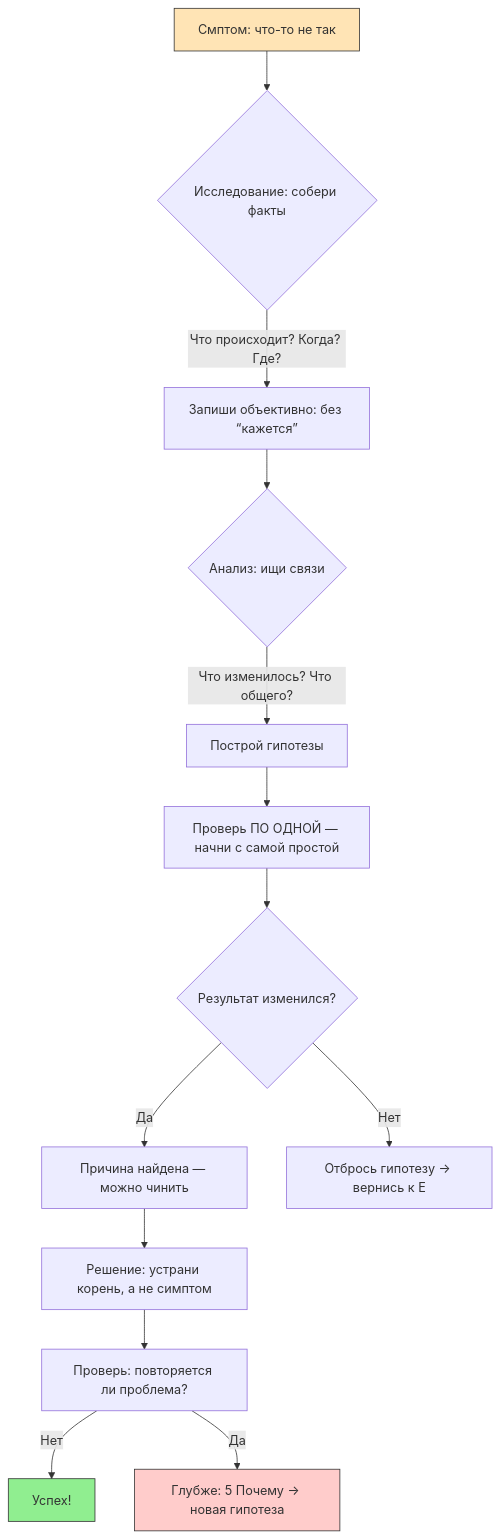
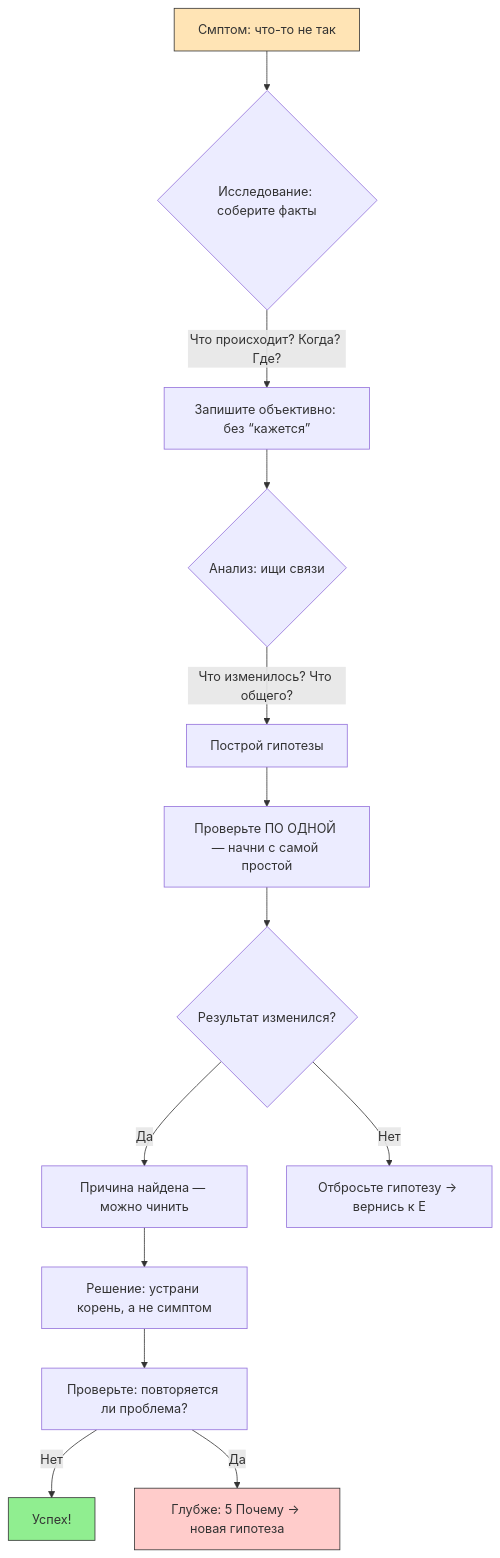
The second of 2 diagrams in docs/encyclopedia/9-spinoff/9-11-dlya-detey/3-development/12.md (Spirzen/it-knowledge-base), drawn with Mermaid before and after one commit. The commit also changed other lines of this file and 1180 other files, not shown here.

````diff
--- a/docs/encyclopedia/9-spinoff/9-11-dlya-detey/3-development/12.md
+++ b/docs/encyclopedia/9-spinoff/9-11-dlya-detey/3-development/12.md
@@ -406,19 +406,19 @@
 ```mermaid
 graph TD
-    A[Смптом: что-то не так] --> B{Исследование: собери факты}
-    B -->|Что происходит? Когда? Где?| C[Запиши объективно: без “кажется”]
+    A[Смптом: что-то не так] --> B{Исследование: соберите факты}
+    B -->|Что происходит? Когда? Где?| C[Запишите объективно: без “кажется”]
     C --> D{Анализ: ищи связи}
     D -->|Что изменилось? Что общего?| E[Построй гипотезы]
-    E --> F[Проверь ПО ОДНОЙ — начни с самой простой]
+    E --> F[Проверьте ПО ОДНОЙ — начни с самой простой]
     F --> G{Результат изменился?}
     G -->|Да| H[Причина найдена — можно чинить]
-    G -->|Нет| I[Отбрось гипотезу → вернись к E]
+    G -->|Нет| I[Отбросьте гипотезу → вернись к E]
     H --> J[Решение: устрани корень, а не симптом]
-    J --> K[Проверь: повторяется ли проблема?]
+    J --> K[Проверьте: повторяется ли проблема?]
     K -->|Нет| L[Успех!]
     K -->|Да| M[Глубже: 5 Почему → новая гипотеза]
     
     style A fill:#ffe4b5,stroke:#333
     style L fill:#90ee90,stroke:#333
     style M fill:#ffcccb,stroke:#333
 ```
````
